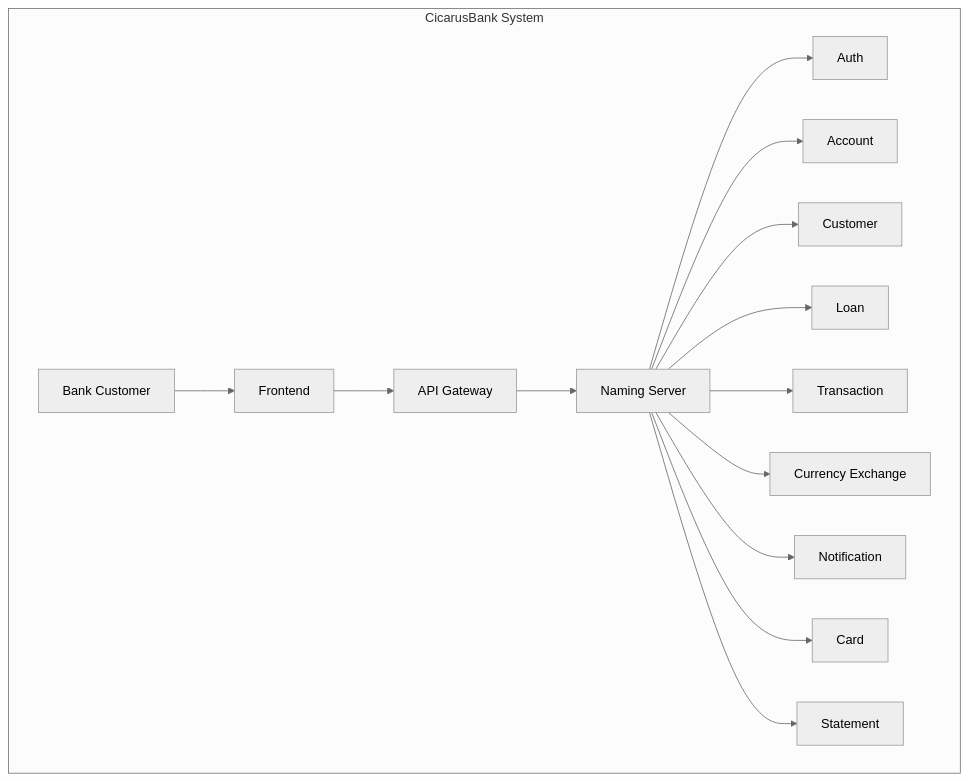
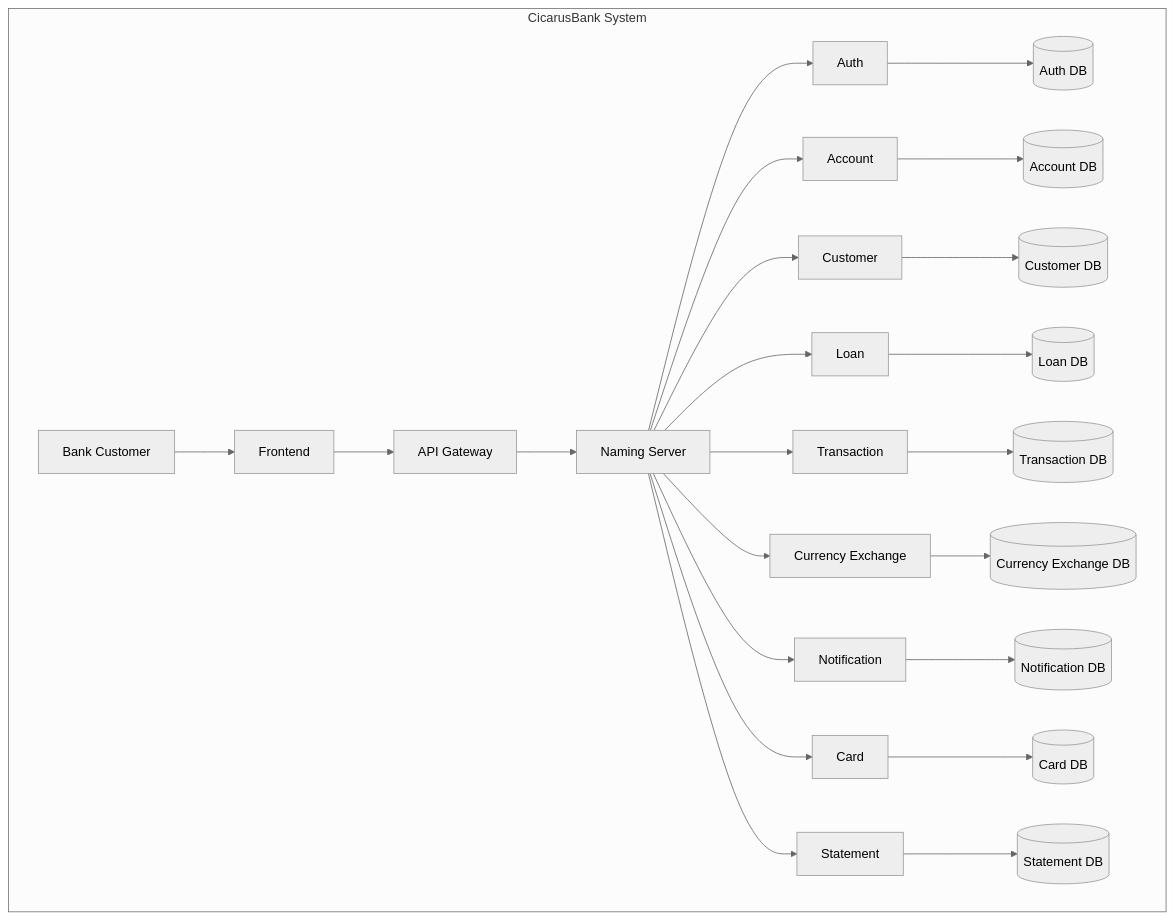
The diagram in README.md (itiro-y/CicarusBank), drawn with Mermaid (neutral theme) before and after one commit.

Commit message:
Db adicionado para os microservicos

````diff
--- a/README.md
+++ b/README.md
@@ -50,32 +50,52 @@
 ```mermaid
 graph TD
     subgraph "CicarusBank System"
         user[Bank Customer]
         frontend[Frontend]
         api_gateway[API Gateway]
         auth_service[Auth]
         account_service[Account]
         customer_service[Customer]
         loan_service[Loan]
         transaction_service[Transaction]
         currency_exchange_service[Currency Exchange]
         notification_service[Notification]
         card_service[Card]
         naming_server[Naming Server]
         statement_service[Statement]
+
+        auth_db[(Auth DB)]
+        account_db[(Account DB)]
+        customer_db[(Customer DB)]
+        loan_db[(Loan DB)]
+        transaction_db[(Transaction DB)]
+        currency_exchange_db[(Currency Exchange DB)]
+        notification_db[(Notification DB)]
+        card_db[(Card DB)]
+        statement_db[(Statement DB)]
     end
 
     user --> frontend
     frontend --> api_gateway
     api_gateway --> naming_server
 
     naming_server --> auth_service
     naming_server --> account_service
     naming_server --> customer_service
     naming_server --> loan_service
     naming_server --> transaction_service
     naming_server --> currency_exchange_service
     naming_server --> notification_service
     naming_server --> card_service
     naming_server --> statement_service
+
+    auth_service --> auth_db
+    account_service --> account_db
+    customer_service --> customer_db
+    loan_service --> loan_db
+    transaction_service --> transaction_db
+    currency_exchange_service --> currency_exchange_db
+    notification_service --> notification_db
+    card_service --> card_db
+    statement_service --> statement_db
 ```
````
